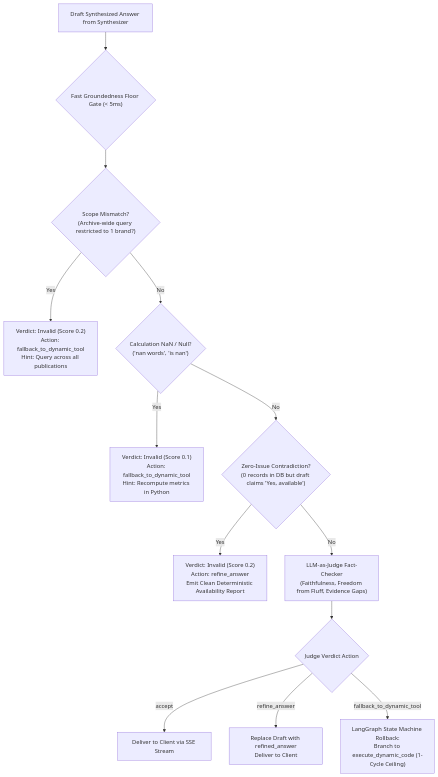
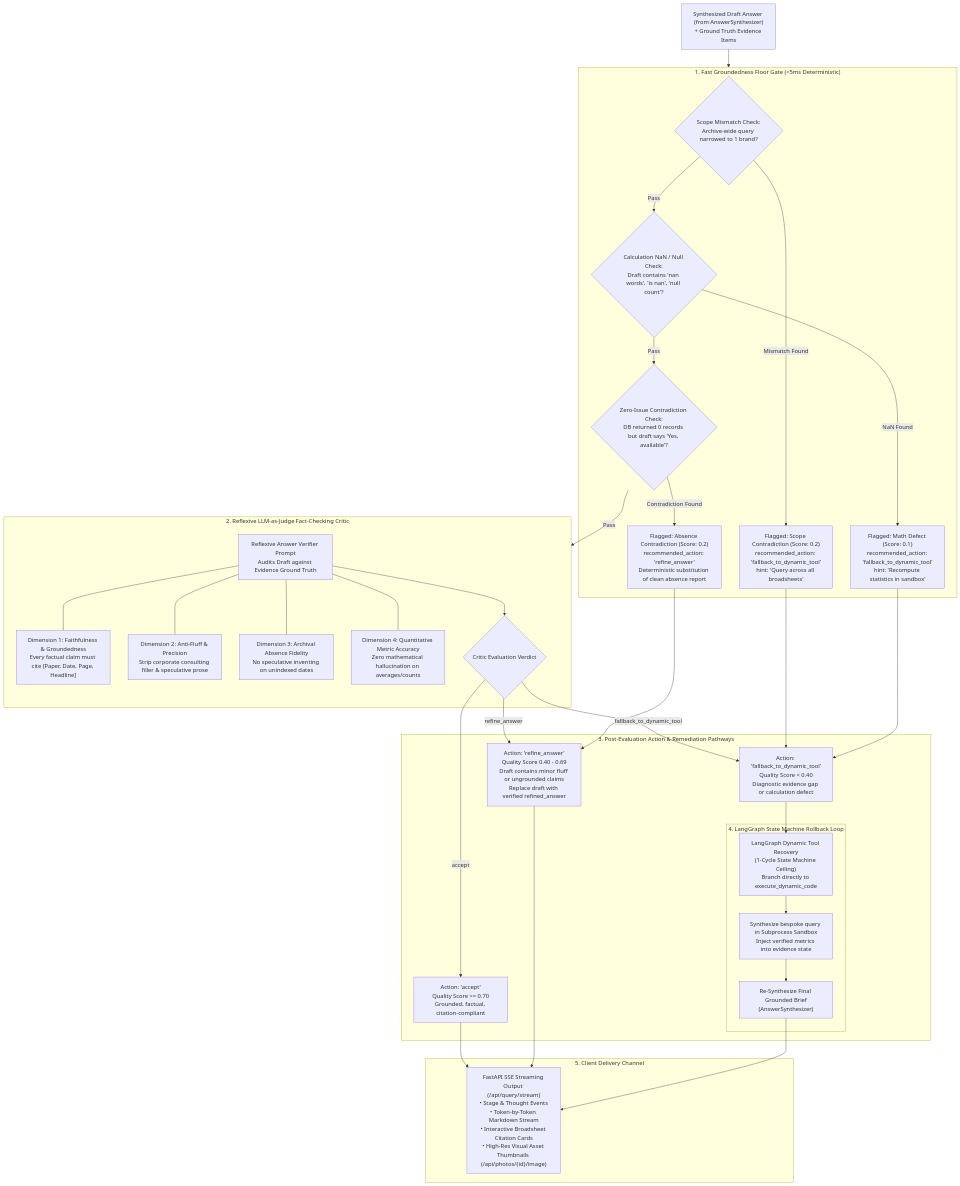
One commit to piyushgoel2808/NewsLens-AI changed the fourth of 4 diagrams in docs/hallucination_prevention_and_crag.md. Above: the diagram before and after it, drawn with Mermaid. The commit also changed other lines of this file, not shown here.

Commit message:
docs: enrich hallucination_prevention_and_crag.md with multi-stage evaluation lifecycle, places, times, metrics, and flowcharts

````diff
--- a/docs/hallucination_prevention_and_crag.md
+++ b/docs/hallucination_prevention_and_crag.md
@@ -240,20 +322,67 @@
 ```mermaid
 flowchart TD
-    DraftAnswer["Draft Synthesized Answer from Synthesizer"] --> FastGate{"Fast Groundedness Floor Gate (< 5ms)"}
-    
-    FastGate --> Gate1{"Scope Mismatch?<br/>(Archive-wide query restricted to 1 brand?)"}
-    Gate1 -->|Yes| RollbackScope["Verdict: Invalid (Score 0.2)<br/>Action: fallback_to_dynamic_tool<br/>Hint: Query across all publications"]
-    
-    Gate1 -->|No| Gate2{"Calculation NaN / Null?<br/>('nan words', 'is nan')"}
-    Gate2 -->|Yes| RollbackNaN["Verdict: Invalid (Score 0.1)<br/>Action: fallback_to_dynamic_tool<br/>Hint: Recompute metrics in Python"]
-    
-    Gate2 -->|No| Gate3{"Zero-Issue Contradiction?<br/>(0 records in DB but draft claims 'Yes, available')"}
-    Gate3 -->|Yes| AutoRefine["Verdict: Invalid (Score 0.2)<br/>Action: refine_answer<br/>Emit Clean Deterministic Availability Report"]
-    
-    Gate3 -->|No| LLM_Judge["LLM-as-Judge Fact-Checker<br/>(Faithfulness, Freedom from Fluff, Evidence Gaps)"]
-    
-    LLM_Judge --> JudgeVerdict{"Judge Verdict Action"}
-    JudgeVerdict -->|"accept"| Deliver["Deliver to Client via SSE Stream"]
-    JudgeVerdict -->|"refine_answer"| ReplaceDraft["Replace Draft with refined_answer<br/>Deliver to Client"]
-    JudgeVerdict -->|"fallback_to_dynamic_tool"| RollbackNode["LangGraph State Machine Rollback:<br/>Branch to execute_dynamic_code (1-Cycle Ceiling)"]
+    SynthesizedDraft["Synthesized Draft Answer (from AnswerSynthesizer)<br/>+ Ground Truth Evidence Items"] --> FastFloorGate
+
+    subgraph FastFloorGate ["1. Fast Groundedness Floor Gate (<5ms Deterministic)"]
+        GateScope{"Scope Mismatch Check:<br/>Archive-wide query narrowed to 1 brand?"}
+        FailScope["Flagged: Scope Contradiction (Score: 0.2)<br/>recommended_action: 'fallback_to_dynamic_tool'<br/>hint: 'Query across all broadsheets'"]
+        
+        GateNaN{"Calculation NaN / Null Check:<br/>Draft contains 'nan words', 'is nan', 'null count'?"}
+        FailNaN["Flagged: Math Defect (Score: 0.1)<br/>recommended_action: 'fallback_to_dynamic_tool'<br/>hint: 'Recompute statistics in sandbox'"]
+        
+        GateZero{"Zero-Issue Contradiction Check:<br/>DB returned 0 records but draft says 'Yes, available'?"}
+        RefineZero["Flagged: Absence Contradiction (Score: 0.2)<br/>recommended_action: 'refine_answer'<br/>Deterministic substitution of clean absence report"]
+    end
+
+    GateScope -->|"Mismatch Found"| FailScope
+    GateScope -->|"Pass"| GateNaN
+    GateNaN -->|"NaN Found"| FailNaN
+    GateNaN -->|"Pass"| GateZero
+    GateZero -->|"Contradiction Found"| RefineZero
+    GateZero -->|"Pass"| LLM_Critic
+
+    subgraph LLM_Critic ["2. Reflexive LLM-as-Judge Fact-Checking Critic"]
+        CriticPrompt["Reflexive Answer Verifier Prompt<br/>Audits Draft against Evidence Ground Truth"]
+        
+        Crit1["Dimension 1: Faithfulness & Groundedness<br/>Every factual claim must cite [Paper, Date, Page, Headline]"]
+        Crit2["Dimension 2: Anti-Fluff & Precision<br/>Strip corporate consulting filler & speculative prose"]
+        Crit3["Dimension 3: Archival Absence Fidelity<br/>No speculative inventing on unindexed dates"]
+        Crit4["Dimension 4: Quantitative Metric Accuracy<br/>Zero mathematical hallucination on averages/counts"]
+        
+        CriticPrompt --- Crit1 & Crit2 & Crit3 & Crit4
+        CriticPrompt --> CriticVerdict{"Critic Evaluation Verdict"}
+    end
+
+    subgraph VerifierRemediation ["3. Post-Evaluation Action & Remediation Pathways"]
+        ActionAccept["Action: 'accept'<br/>Quality Score >= 0.70<br/>Grounded, factual, citation-compliant"]
+        
+        ActionRefine["Action: 'refine_answer'<br/>Quality Score 0.40 - 0.69<br/>Draft contains minor fluff or ungrounded claims<br/>Replace draft with verified refined_answer"]
+        
+        ActionFallback["Action: 'fallback_to_dynamic_tool'<br/>Quality Score < 0.40<br/>Diagnostic evidence gap or calculation defect"]
+        
+        subgraph RollbackLoop ["4. LangGraph State Machine Rollback Loop"]
+            RollbackNode["LangGraph Dynamic Tool Recovery<br/>(1-Cycle State Machine Ceiling)<br/>Branch directly to execute_dynamic_code"]
+            ReCompute["Synthesize bespoke query in Subprocess Sandbox<br/>Inject verified metrics into evidence state"]
+            ReSynth["Re-Synthesize Final Grounded Brief<br/>(AnswerSynthesizer)"]
+        end
+    end
+
+    subgraph ClientDelivery ["5. Client Delivery Channel"]
+        SSEStream["FastAPI SSE Streaming Output (/api/query/stream)<br/>• Stage & Thought Events<br/>• Token-by-Token Markdown Stream<br/>• Interactive Broadsheet Citation Cards<br/>• High-Res Visual Asset Thumbnails (/api/photos/{id}/image)"]
+    end
+
+    CriticVerdict -->|"accept"| ActionAccept
+    CriticVerdict -->|"refine_answer"| ActionRefine
+    CriticVerdict -->|"fallback_to_dynamic_tool"| ActionFallback
+
+    FailScope & FailNaN --> ActionFallback
+    RefineZero --> ActionRefine
+
+    ActionAccept --> SSEStream
+    ActionRefine --> SSEStream
+
+    ActionFallback --> RollbackNode
+    RollbackNode --> ReCompute
+    ReCompute --> ReSynth
+    ReSynth --> SSEStream
 ```
````
